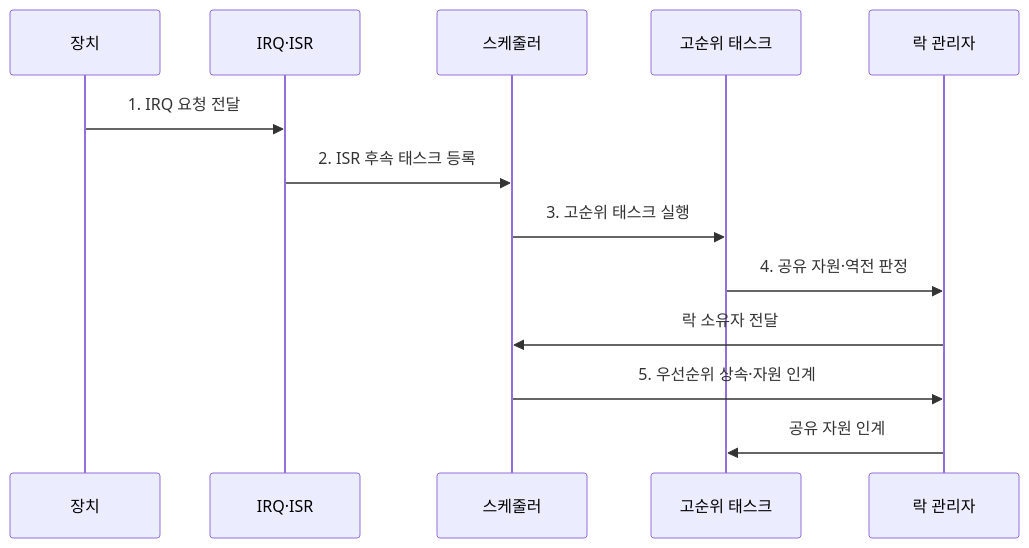
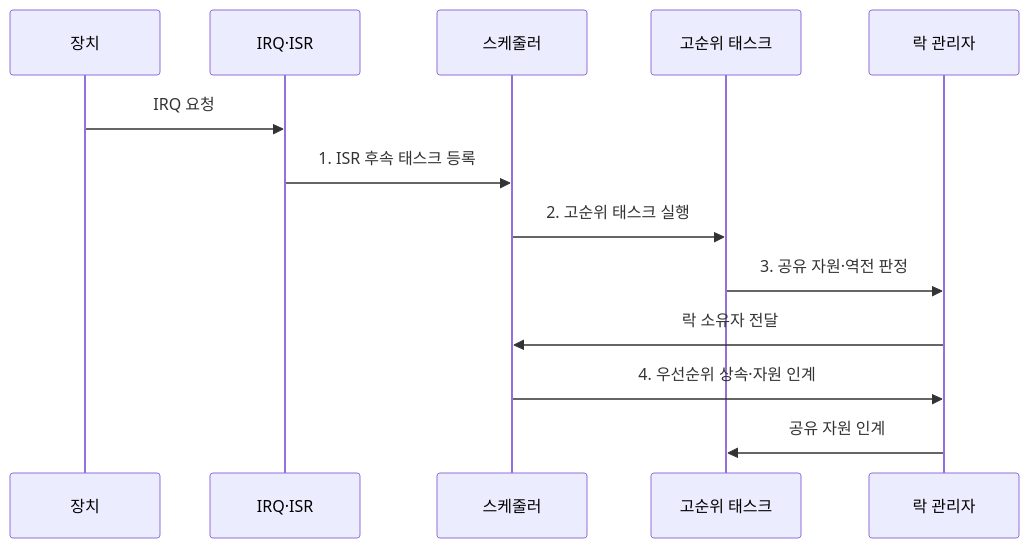
The second of 2 diagrams in src/content/docs/notes/02-hardware/063_interrupt_latency_priority_inversion.md (agnusdei1207/knowledge-base), drawn with Mermaid before and after one commit. The commit also changed other lines of this file and 19 other files, not shown here.

````diff
--- a/src/content/docs/notes/02-hardware/063_interrupt_latency_priority_inversion.md
+++ b/src/content/docs/notes/02-hardware/063_interrupt_latency_priority_inversion.md
@@ -85,16 +85,16 @@
 ```mermaid
 sequenceDiagram
     participant D as 장치
     participant I as IRQ·ISR
     participant S as 스케줄러
     participant H as 고순위 태스크
     participant L as 락 관리자
 
-    D->>I: 1. IRQ 요청 전달
-    I->>S: 2. ISR 후속 태스크 등록
-    S->>H: 3. 고순위 태스크 실행
-    H->>L: 4. 공유 자원·역전 판정
+    D->>I: IRQ 요청
+    I->>S: 1. ISR 후속 태스크 등록
+    S->>H: 2. 고순위 태스크 실행
+    H->>L: 3. 공유 자원·역전 판정
     L->>S: 락 소유자 전달
-    S->>L: 5. 우선순위 상속·자원 인계
+    S->>L: 4. 우선순위 상속·자원 인계
     L->>H: 공유 자원 인계
 ```
````
